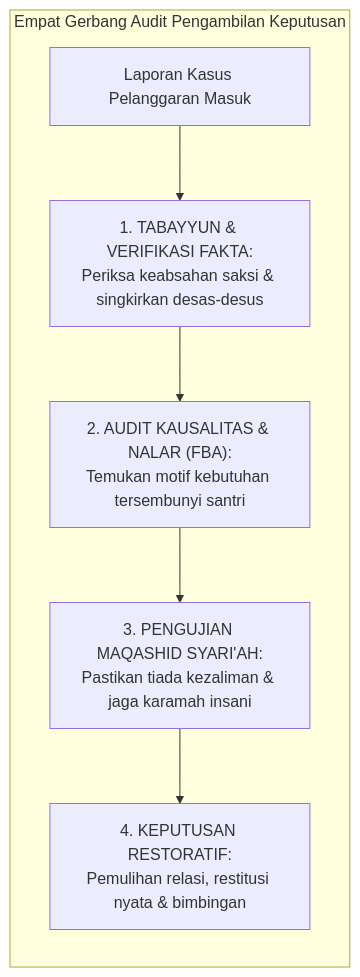
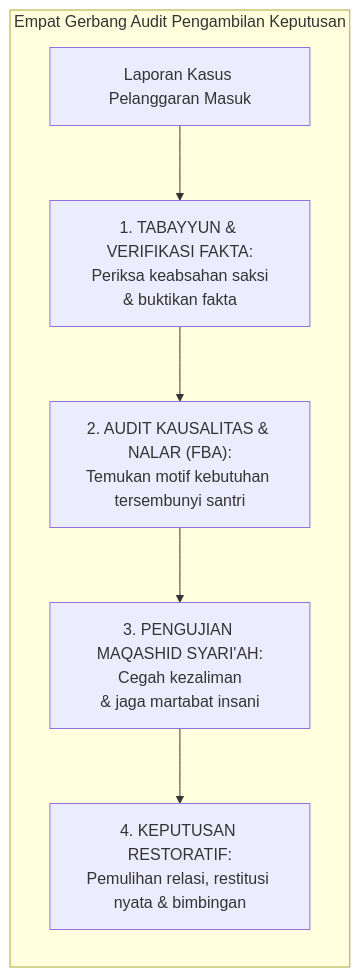
Before and after one commit to wandiapriliyandi/tumbuh: the fourth of 5 diagrams in BOOK Series 1/01-The-Fundamental-of-TUMBUH/Bab-03-Epistemologi-Terpadu-Wahyu-Nalar-dan-Fakta-Empiris.md, drawn with Mermaid. The commit also changed other lines of this file and 37 other files, not shown here.

Commit message:
fix(book-01): optimasi pemenggalan teks dan overflow seluruh diagram serta render ulang 20 PDF

````diff
--- a/BOOK Series 1/01-The-Fundamental-of-TUMBUH/Bab-03-Epistemologi-Terpadu-Wahyu-Nalar-dan-Fakta-Empiris.md
+++ b/BOOK Series 1/01-The-Fundamental-of-TUMBUH/Bab-03-Epistemologi-Terpadu-Wahyu-Nalar-dan-Fakta-Empiris.md
@@ -205,11 +205,11 @@
 ```mermaid
 graph TD
     subgraph ALUR_TABAYYUN_TUMBUH["Empat Gerbang Audit Pengambilan Keputusan"]
         direction TB
         M["Laporan Kasus Pelanggaran Masuk"]
-        --> T["1. TABAYYUN & VERIFIKASI FAKTA:<br/>Periksa keabsahan saksi & singkirkan desas-desus"]
+        --> T["1. TABAYYUN & VERIFIKASI FAKTA:<br/>Periksa keabsahan saksi<br/>& buktikan fakta"]
         --> K["2. AUDIT KAUSALITAS & NALAR (FBA):<br/>Temukan motif kebutuhan tersembunyi santri"]
-        --> S["3. PENGUJIAN MAQASHID SYARI'AH:<br/>Pastikan tiada kezaliman & jaga karamah insani"]
+        --> S["3. PENGUJIAN MAQASHID SYARI'AH:<br/>Cegah kezaliman<br/>& jaga martabat insani"]
         --> D["4. KEPUTUSAN RESTORATIF:<br/>Pemulihan relasi, restitusi nyata & bimbingan"]
     end
 ```
````
